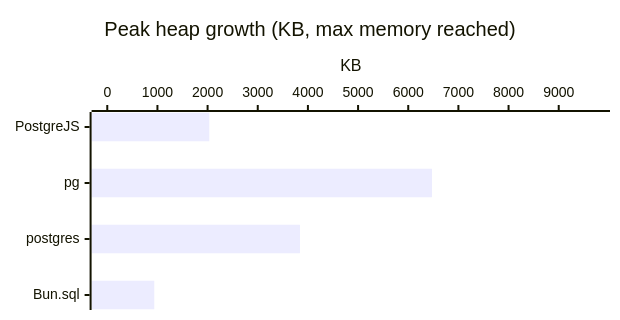
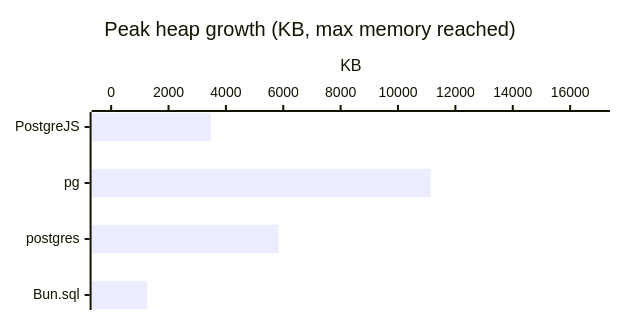
Before and after one commit to panates/postgrejs-doc: diagram 15 of 56 in docs/getting-started/benchmarks-bun.md, drawn with Mermaid. The commit also changed other lines of this file and 13 other files, not shown here.

````diff
--- a/docs/getting-started/benchmarks-bun.md
+++ b/docs/getting-started/benchmarks-bun.md
@@ -399,8 +406,8 @@
 ```mermaid
 %%{init: {'xyChart': {'width': 600, 'height': 300, 'chartOrientation': 'horizontal'}}}%%
 xychart-beta
     title "Peak heap growth (KB, max memory reached)"
     x-axis ["PostgreJS", "pg", "postgres", "Bun.sql"]
-    y-axis "KB" 0.0000 --> 9709.6904
-    bar [2033.3086, 6473.1270, 3841.3037, 936.8232]
+    y-axis "KB" 0.0000 --> 16707.5742
+    bar [3479.2578, 11138.3828, 5838.2363, 1259.3096]
 ```
````
